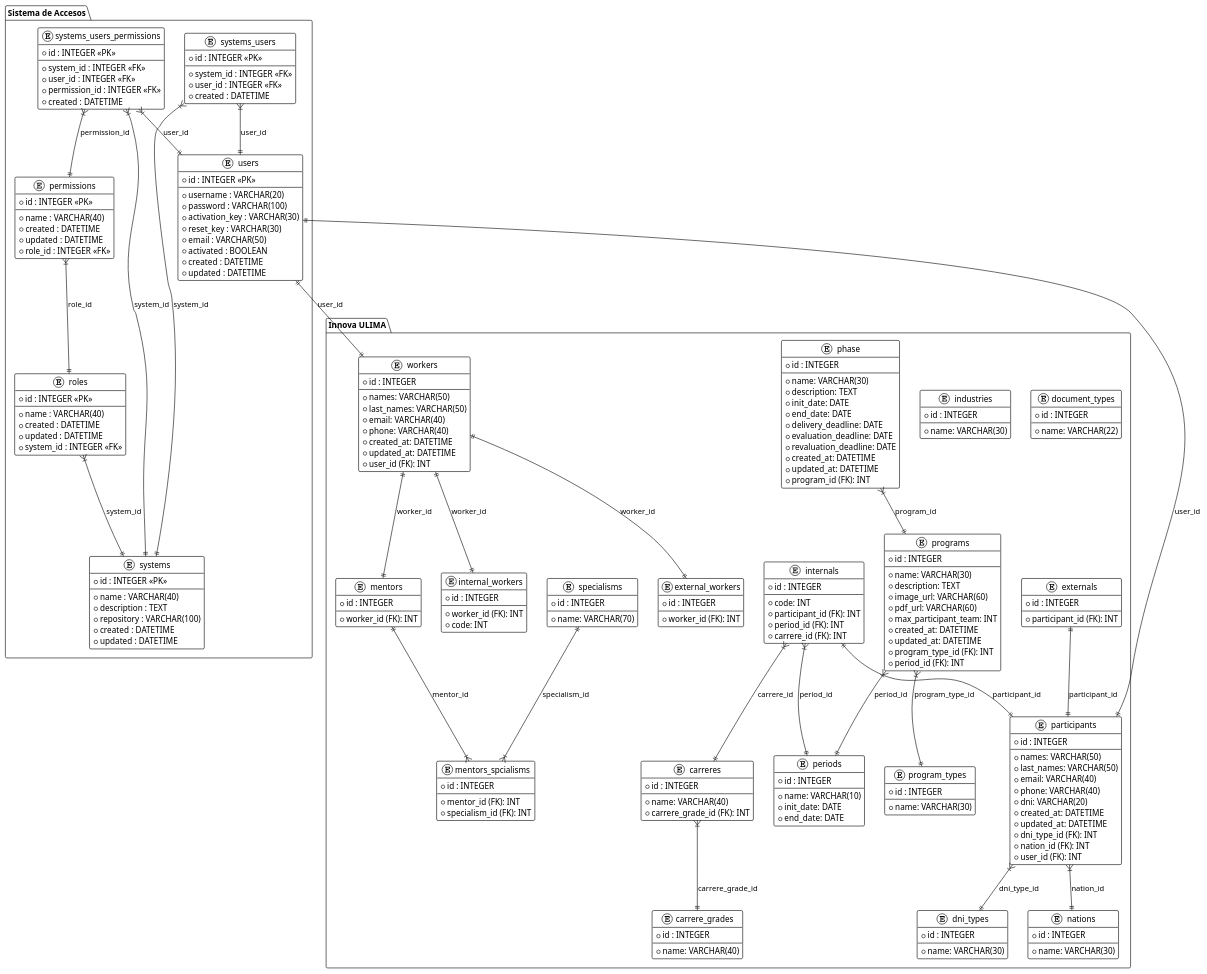
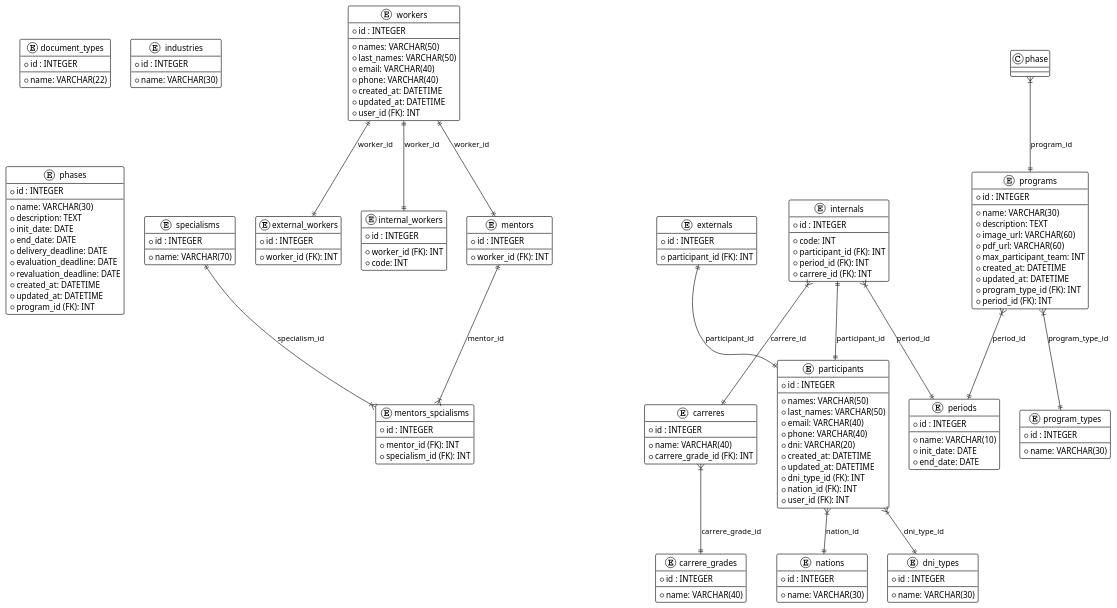
The diagram in scripts/innova.puml (pepeul1191/flask-llm-rag-dbmate), drawn with PlantUML before and after one commit. The commit also changed 4 other files, not shown here.

```diff
--- a/scripts/innova.puml
+++ b/scripts/innova.puml
@@ -1,252 +1,175 @@
 @startuml
 !theme plain
 
-package "Innova ULIMA" {
-  
-  entity "document_types" {
-    * id : INTEGER
-    --
-    * name: VARCHAR(22)
-  }
-
-  entity "industries" {
-    * id : INTEGER
-    --
-    * name: VARCHAR(30)
-  }
-
-  entity "specialisms" {
-    * id : INTEGER
-    --
-    * name: VARCHAR(70)
-  }
-
-  entity "carrere_grades" {
-    * id : INTEGER
-    --
-    * name: VARCHAR(40)
-  }
-
-  entity "carreres" {
-    * id : INTEGER
-    --
-    * name: VARCHAR(40)
-    * carrere_grade_id (FK): INT
-  }
-
-  entity "program_types" {
-    * id : INTEGER
-    --
-    * name: VARCHAR(30)
-  }
-
-  entity "dni_types" {
-    * id : INTEGER
-    --
-    * name: VARCHAR(30)
-  }
-
-  entity "nations" {
-    * id : INTEGER
-    --
-    * name: VARCHAR(30)
-  }
-
-  entity "periods" {
-    * id : INTEGER
-    --
-    * name: VARCHAR(10)
-    * init_date: DATE
-    * end_date: DATE
-  }
-
-  entity "programs" {
-    * id : INTEGER
-    --
-    * name: VARCHAR(30)
-    * description: TEXT
-    * image_url: VARCHAR(60)
-    * pdf_url: VARCHAR(60)
-    * max_participant_team: INT
-    * created_at: DATETIME
-    * updated_at: DATETIME
-    * program_type_id (FK): INT
-    * period_id (FK): INT
-  }
-
-  entity "phase" {
-    * id : INTEGER
-    --
-    * name: VARCHAR(30)
-    * description: TEXT
-    * init_date: DATE
-    * end_date: DATE
-    * delivery_deadline: DATE
-    * evaluation_deadline: DATE
-    * revaluation_deadline: DATE
-    * created_at: DATETIME
-    * updated_at: DATETIME
-    * program_id (FK): INT
-  }
-
-  entity "participants" {
-    * id : INTEGER
-    --
-    * names: VARCHAR(50)
-    * last_names: VARCHAR(50)
-    * email: VARCHAR(40)
-    * phone: VARCHAR(40)
-    * dni: VARCHAR(20)
-    * created_at: DATETIME
-    * updated_at: DATETIME
-    * dni_type_id (FK): INT
-    * nation_id (FK): INT
-    * user_id (FK): INT
-  }
-
-  entity "internals" {
-    * id : INTEGER
-    --
-    * code: INT
-    * participant_id (FK): INT
-    * period_id (FK): INT
-    * carrere_id (FK): INT
-  }
-
-  entity "externals" {
-    * id : INTEGER
-    --
-    * participant_id (FK): INT
-  }
-
-  entity "workers" {
-    * id : INTEGER
-    --
-    * names: VARCHAR(50)
-    * last_names: VARCHAR(50)
-    * email: VARCHAR(40)
-    * phone: VARCHAR(40)
-    * created_at: DATETIME
-    * updated_at: DATETIME
-    * user_id (FK): INT
-  }
-
-  entity "external_workers" {
-    * id : INTEGER
-    --
-    * worker_id (FK): INT
-  }
-
-  entity "internal_workers" {
-    * id : INTEGER
-    --
-    * worker_id (FK): INT
-    * code: INT
-  }
-
-  entity "mentors" {
-    * id : INTEGER
-    --
-    * worker_id (FK): INT
-  }
-
-  entity "mentors_spcialisms"{
-    * id : INTEGER
-    --
-    * mentor_id (FK): INT
-    * specialism_id (FK): INT
-  }
-
-  programs }|--|| periods : period_id
-  programs }|--|| program_types : program_type_id
-  phase }|--|| programs : program_id
-  participants }|--|| dni_types : dni_type_id
-  participants }|--|| nations : nation_id
-  carreres }|--|| carrere_grades : carrere_grade_id
-  internals }|--|| carreres : carrere_id
-  internals }|--|| periods : period_id
-  internals ||--|| participants : participant_id
-  externals ||--|| participants : participant_id
-  workers ||--|| internal_workers : worker_id
-  workers ||--|| external_workers : worker_id
-  workers ||--|| mentors : worker_id
-  mentors ||--|{ mentors_spcialisms : mentor_id
-  specialisms ||--|{ mentors_spcialisms : specialism_id
+entity "document_types" {
+  * id : INTEGER
+  --
+  * name: VARCHAR(22)
 }
 
-
-package "Sistema de Accesos" {
-  entity "users" {
-    * id : INTEGER <<PK>>
-    --
-    * username : VARCHAR(20)
-    * password : VARCHAR(100)
-    * activation_key : VARCHAR(30)
-    * reset_key : VARCHAR(30)
-    * email : VARCHAR(50)
-    * activated : BOOLEAN
-    * created : DATETIME
-    * updated : DATETIME
-  }
-
-  entity "systems" {
-    * id : INTEGER <<PK>>
-    --
-    * name : VARCHAR(40)
-    * description : TEXT
-    * repository : VARCHAR(100)
-    * created : DATETIME
-    * updated : DATETIME
-  }
-
-  entity "roles" {
-    * id : INTEGER <<PK>>
-    --
-    * name : VARCHAR(40)
-    * created : DATETIME
-    * updated : DATETIME
-    * system_id : INTEGER <<FK>>
-  }
-
-  entity "permissions" {
-    * id : INTEGER <<PK>>
-    --
-    * name : VARCHAR(40)
-    * created : DATETIME
-    * updated : DATETIME
-    * role_id : INTEGER <<FK>>
-  }
-
-  entity "systems_users" {
-    * id : INTEGER <<PK>>
-    --
-    * system_id : INTEGER <<FK>>
-    * user_id : INTEGER <<FK>>
-    * created : DATETIME
-  }
-
-  entity "systems_users_permissions" {
-    * id : INTEGER <<PK>>
-    --
-    * system_id : INTEGER <<FK>>
-    * user_id : INTEGER <<FK>>
-    * permission_id : INTEGER <<FK>>
-    * created : DATETIME
-  }
-
-  ' Relaciones
-  roles }|--|| systems : system_id
-  permissions }|--|| roles : role_id
-
-  systems_users }|--|| systems : system_id
-  systems_users }|--|| users : user_id
-
-  systems_users_permissions }|--|| systems : system_id
-  systems_users_permissions }|--|| users : user_id
-  systems_users_permissions }|--|| permissions : permission_id
+entity "industries" {
+  * id : INTEGER
+  --
+  * name: VARCHAR(30)
 }
 
-users ||--|| participants: user_id
-users ||--|| workers: user_id
+entity "specialisms" {
+  * id : INTEGER
+  --
+  * name: VARCHAR(70)
+}
+
+entity "carrere_grades" {
+  * id : INTEGER
+  --
+  * name: VARCHAR(40)
+}
+
+entity "carreres" {
+  * id : INTEGER
+  --
+  * name: VARCHAR(40)
+  * carrere_grade_id (FK): INT
+}
+
+entity "program_types" {
+  * id : INTEGER
+  --
+  * name: VARCHAR(30)
+}
+
+entity "dni_types" {
+  * id : INTEGER
+  --
+  * name: VARCHAR(30)
+}
+
+entity "nations" {
+  * id : INTEGER
+  --
+  * name: VARCHAR(30)
+}
+
+entity "periods" {
+  * id : INTEGER
+  --
+  * name: VARCHAR(10)
+  * init_date: DATE
+  * end_date: DATE
+}
+
+entity "programs" {
+  * id : INTEGER
+  --
+  * name: VARCHAR(30)
+  * description: TEXT
+  * image_url: VARCHAR(60)
+  * pdf_url: VARCHAR(60)
+  * max_participant_team: INT
+  * created_at: DATETIME
+  * updated_at: DATETIME
+  * program_type_id (FK): INT
+  * period_id (FK): INT
+}
+
+entity "phases" {
+  * id : INTEGER
+  --
+  * name: VARCHAR(30)
+  * description: TEXT
+  * init_date: DATE
+  * end_date: DATE
+  * delivery_deadline: DATE
+  * evaluation_deadline: DATE
+  * revaluation_deadline: DATE
+  * created_at: DATETIME
+  * updated_at: DATETIME
+  * program_id (FK): INT
+}
+
+entity "participants" {
+  * id : INTEGER
+  --
+  * names: VARCHAR(50)
+  * last_names: VARCHAR(50)
+  * email: VARCHAR(40)
+  * phone: VARCHAR(40)
+  * dni: VARCHAR(20)
+  * created_at: DATETIME
+  * updated_at: DATETIME
+  * dni_type_id (FK): INT
+  * nation_id (FK): INT
+  * user_id (FK): INT
+}
+
+entity "internals" {
+  * id : INTEGER
+  --
+  * code: INT
+  * participant_id (FK): INT
+  * period_id (FK): INT
+  * carrere_id (FK): INT
+}
+
+entity "externals" {
+  * id : INTEGER
+  --
+  * participant_id (FK): INT
+}
+
+entity "workers" {
+  * id : INTEGER
+  --
+  * names: VARCHAR(50)
+  * last_names: VARCHAR(50)
+  * email: VARCHAR(40)
+  * phone: VARCHAR(40)
+  * created_at: DATETIME
+  * updated_at: DATETIME
+  * user_id (FK): INT
+}
+
+entity "external_workers" {
+  * id : INTEGER
+  --
+  * worker_id (FK): INT
+}
+
+entity "internal_workers" {
+  * id : INTEGER
+  --
+  * worker_id (FK): INT
+  * code: INT
+}
+
+entity "mentors" {
+  * id : INTEGER
+  --
+  * worker_id (FK): INT
+}
+
+entity "mentors_spcialisms"{
+  * id : INTEGER
+  --
+  * mentor_id (FK): INT
+  * specialism_id (FK): INT
+}
+
+programs }|--|| periods : period_id
+programs }|--|| program_types : program_type_id
+phase }|--|| programs : program_id
+participants }|--|| dni_types : dni_type_id
+participants }|--|| nations : nation_id
+carreres }|--|| carrere_grades : carrere_grade_id
+internals }|--|| carreres : carrere_id
+internals }|--|| periods : period_id
+internals ||--|| participants : participant_id
+externals ||--|| participants : participant_id
+workers ||--|| internal_workers : worker_id
+workers ||--|| external_workers : worker_id
+workers ||--|| mentors : worker_id
+mentors ||--|{ mentors_spcialisms : mentor_id
+specialisms ||--|{ mentors_spcialisms : specialism_id
+}
 
 @enduml
```
